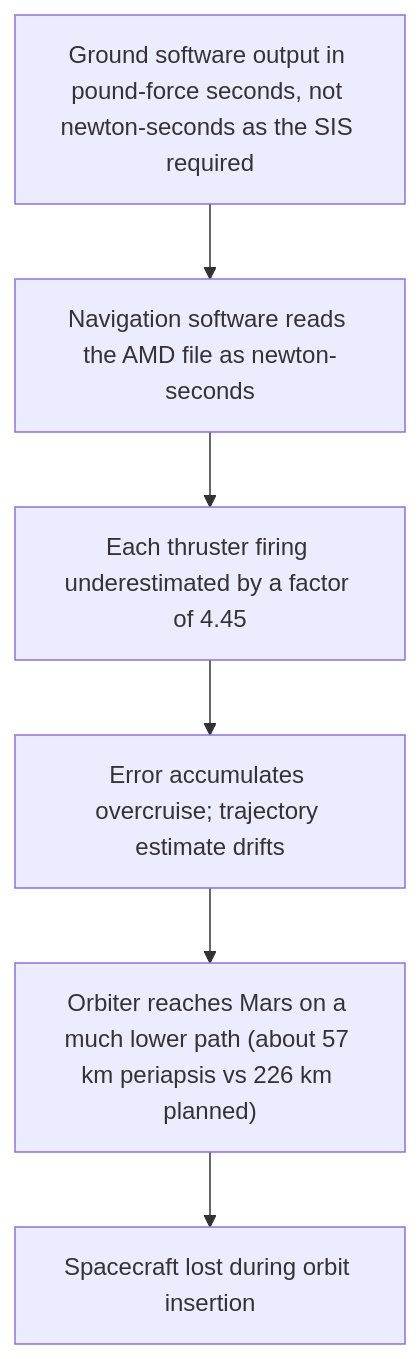
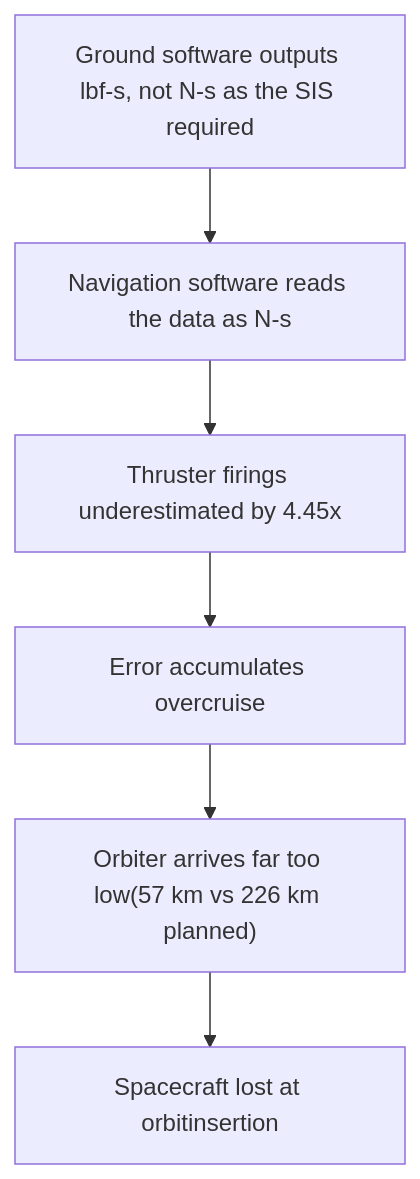
The diagram in lab01/failure-case-analysis.md (bousocheat16-source/clubhub-longblackcoffee), drawn with Mermaid before and after one commit.

Commit message:
Edited section 3 - what failed

````diff
--- a/lab01/failure-case-analysis.md
+++ b/lab01/failure-case-analysis.md
@@ -20,8 +20,8 @@
 ```mermaid
 flowchart TD
-  A["Ground software output in pound-force seconds, not newton-seconds as the SIS required"] --> B["Navigation software reads the AMD file as newton-seconds"]
-  B --> C["Each thruster firing underestimated by a factor of 4.45"]
-  C --> D["Error accumulates overcruise; trajectory estimate drifts"]
-  D --> E["Orbiter reaches Mars on a much lower path (about 57 km periapsis vs 226 km planned)"]
-  E --> F["Spacecraft lost during orbit insertion"]
+  A["Ground software outputs lbf-s, not N-s as the SIS required"] --> B["Navigation software reads the data as N-s"]
+  B --> C["Thruster firings underestimated by 4.45x"]
+  C --> D["Error accumulates overcruise"]
+  D --> E["Orbiter arrives far too low(57 km vs 226 km planned)"]
+  E --> F["Spacecraft lost at orbitinsertion"]
 ```
````
